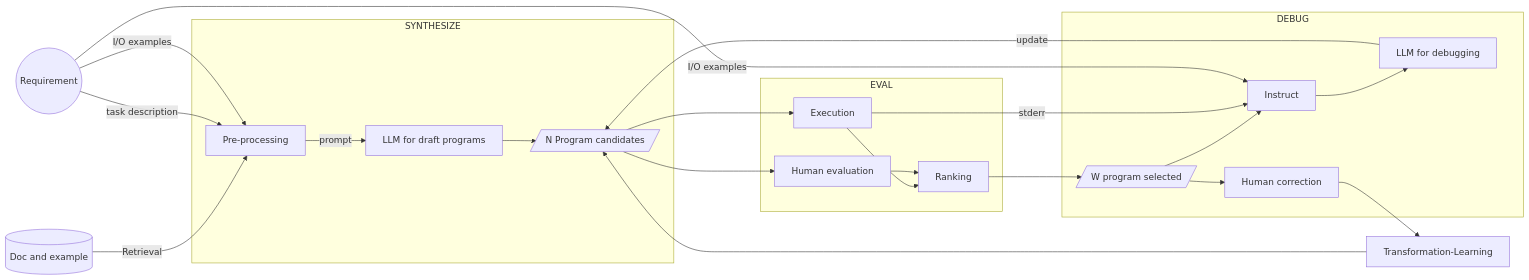
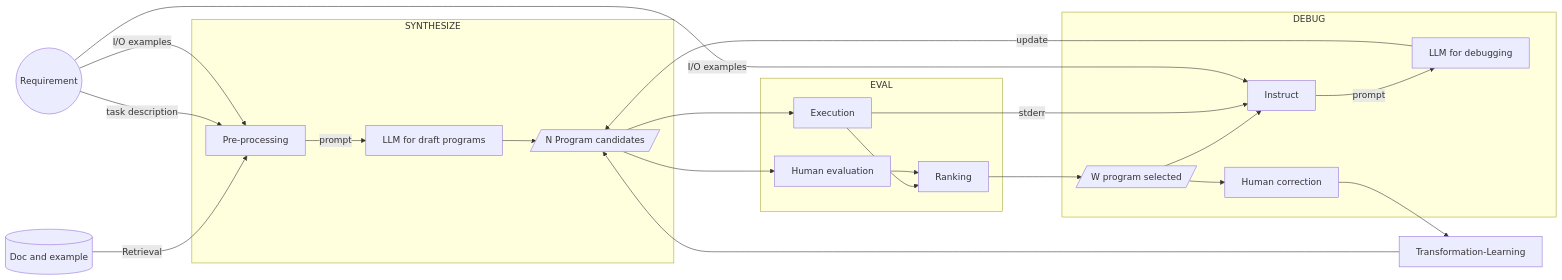
Before and after one commit to AI-LLM/ai-llm.github.io: the second of 2 diagrams in Code-Generation.md, drawn with Mermaid.

````diff
--- a/Code-Generation.md
+++ b/Code-Generation.md
@@ -59,27 +59,27 @@
 ```mermaid
 graph LR;
 doc[(Doc and example)] -- Retrieval --> Pre-processing
 S((Requirement)) -- task description --> Pre-processing
 S -- I/O examples --> Pre-processing
 subgraph SYNTHESIZE
 Pre-processing -- prompt --> LLMsynth[LLM for draft programs]
 LLMsynth --> PN[/N Program candidates/]
 end
 PN --> Evaluation[Human evaluation]
 PN --> Execution
 subgraph EVAL
 Execution --> Ranking
 Evaluation --> Ranking
 end
 Ranking --> PS[/W program selected/]
 subgraph DEBUG
 PS --> Instruct
 Execution -- stderr --> Instruct
-Instruct --> LLMdebug[LLM for debugging]
+Instruct -- prompt --> LLMdebug[LLM for debugging]
 PS --> Correction[Human correction]
 end
 S -- I/O examples --> Instruct
 LLMdebug -- update --> PN
 Correction --> Transformation-Learning
 Transformation-Learning --> PN
 ```
````
